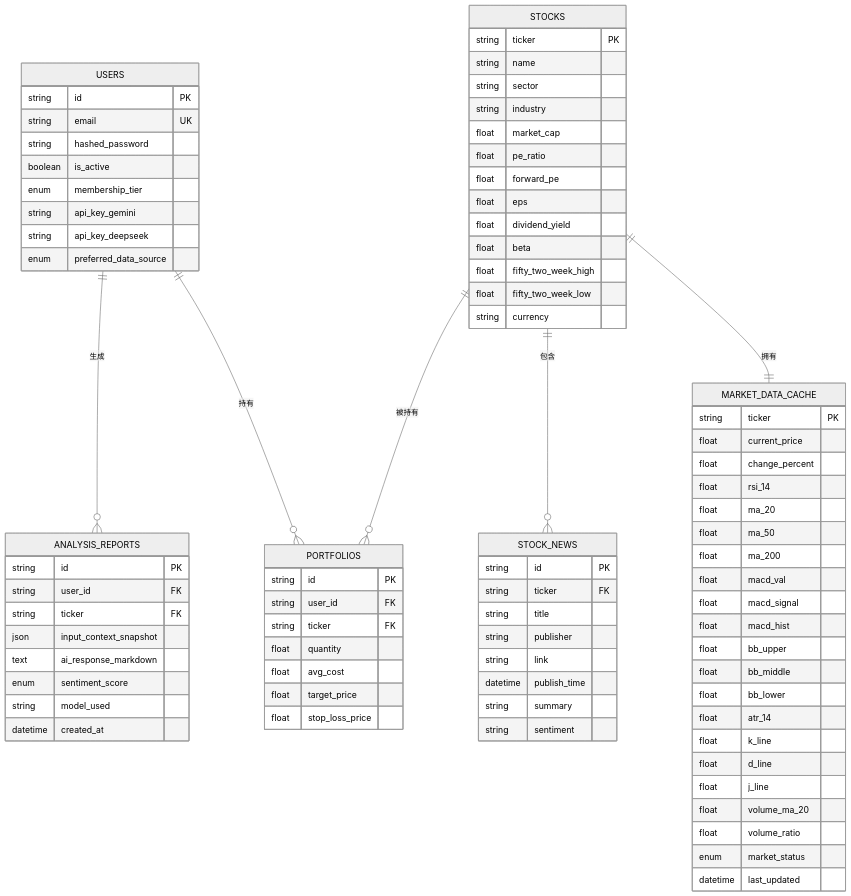
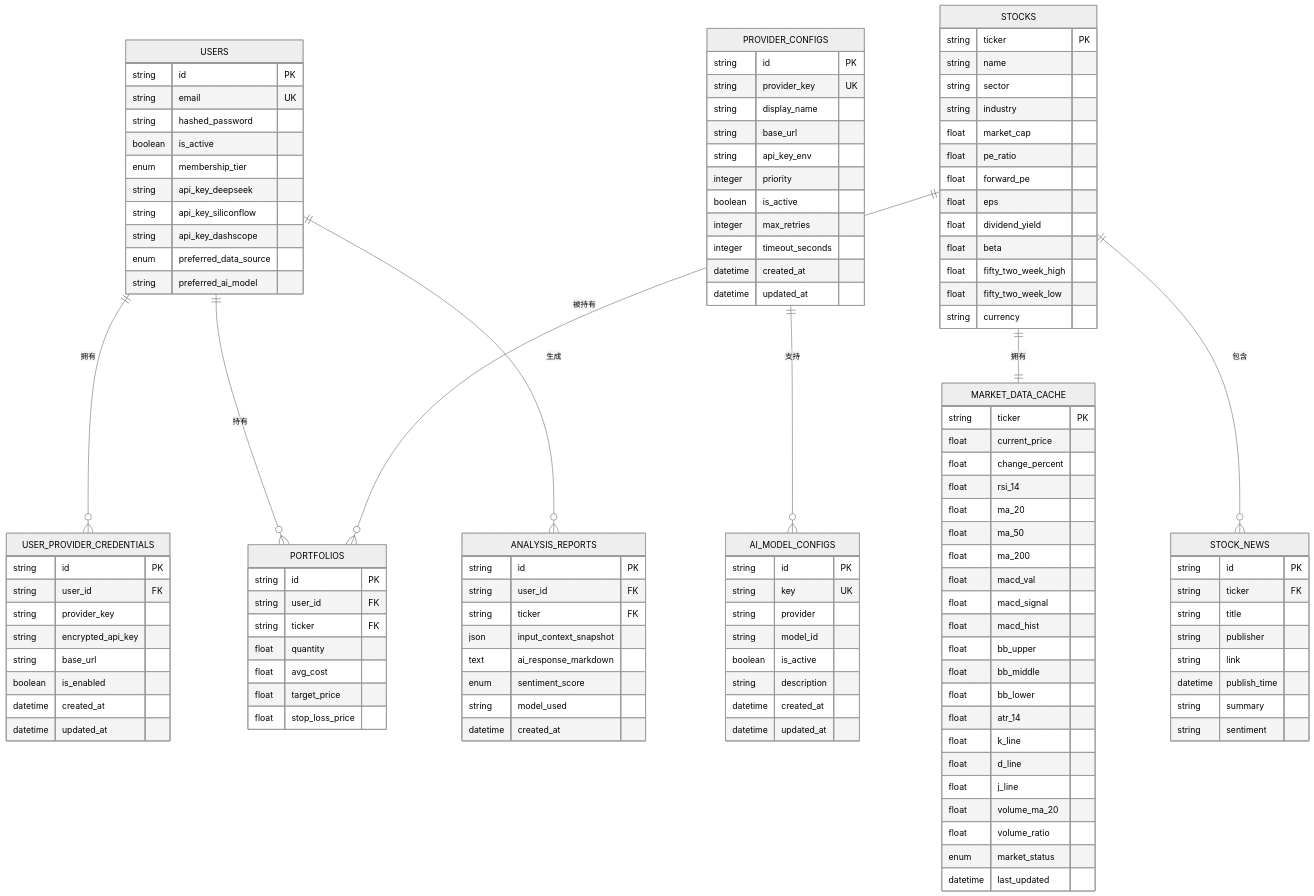
The fifth of 6 diagrams in .qoder/repowiki/zh/content/AI智能分析服务/Gemini AI集成.md (breeze-lyf/ai-stock-advisor), drawn with Mermaid (neutral theme) before and after one commit. The commit also changed other lines of this file and 30 other files, not shown here.

Commit message:
feat: Migrate AI model preference from Gemini to DeepSeek-v3, increase AI service timeout, and add stock snapshot API.

```diff
--- a/.qoder/repowiki/zh/content/AI智能分析服务/Gemini AI集成.md
+++ b/.qoder/repowiki/zh/content/AI智能分析服务/Gemini AI集成.md
@@ -245,9 +317,44 @@
 string hashed_password
 boolean is_active
 enum membership_tier
-string api_key_gemini
 string api_key_deepseek
+string api_key_siliconflow
+string api_key_dashscope
 enum preferred_data_source
+string preferred_ai_model
+}
+PROVIDER_CONFIGS {
+string id PK
+string provider_key UK
+string display_name
+string base_url
+string api_key_env
+integer priority
+boolean is_active
+integer max_retries
+integer timeout_seconds
+datetime created_at
+datetime updated_at
+}
+AI_MODEL_CONFIGS {
+string id PK
+string key UK
+string provider
+string model_id
+boolean is_active
+string description
+datetime created_at
+datetime updated_at
+}
+USER_PROVIDER_CREDENTIALS {
+string id PK
+string user_id FK
+string provider_key
+string encrypted_api_key
+string base_url
+boolean is_enabled
+datetime created_at
+datetime updated_at
 }
 PORTFOLIOS {
 string id PK
@@ -316,8 +423,10 @@
 string model_used
 datetime created_at
 }
+USERS ||--o{ USER_PROVIDER_CREDENTIALS : "拥有"
 USERS ||--o{ PORTFOLIOS : "持有"
 USERS ||--o{ ANALYSIS_REPORTS : "生成"
+PROVIDER_CONFIGS ||--o{ AI_MODEL_CONFIGS : "支持"
 STOCKS ||--|| MARKET_DATA_CACHE : "拥有"
 STOCKS ||--o{ STOCK_NEWS : "包含"
 STOCKS ||--o{ PORTFOLIOS : "被持有"
```
